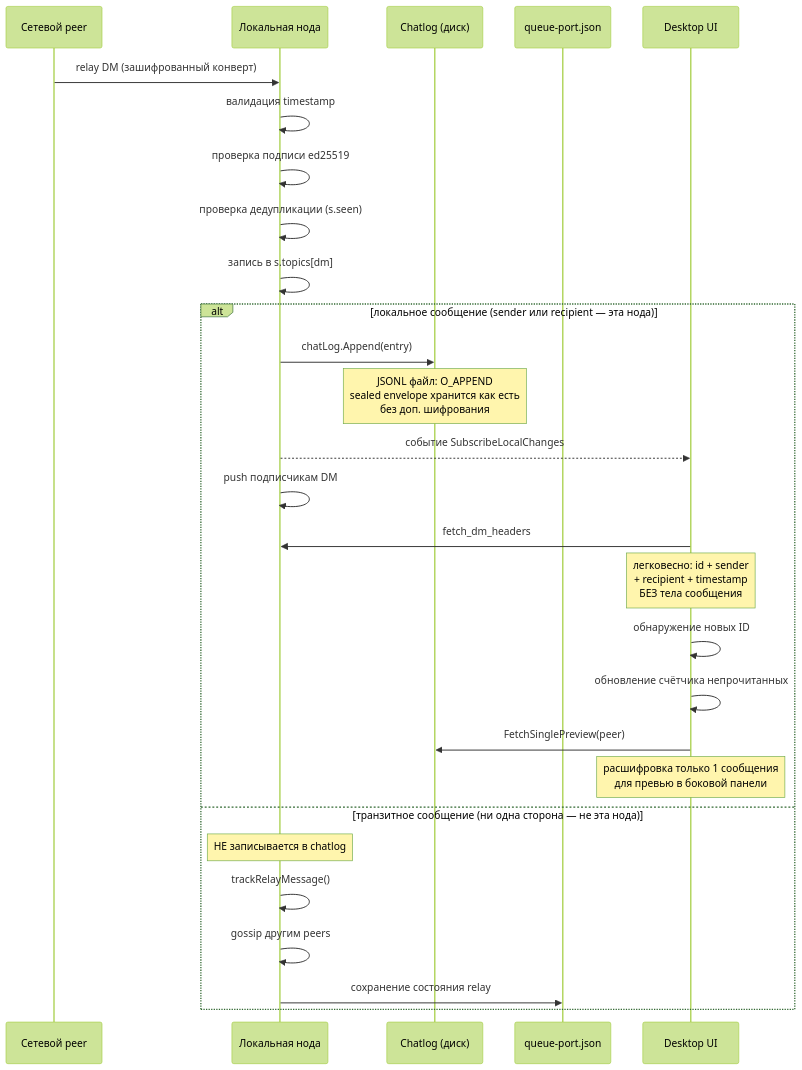
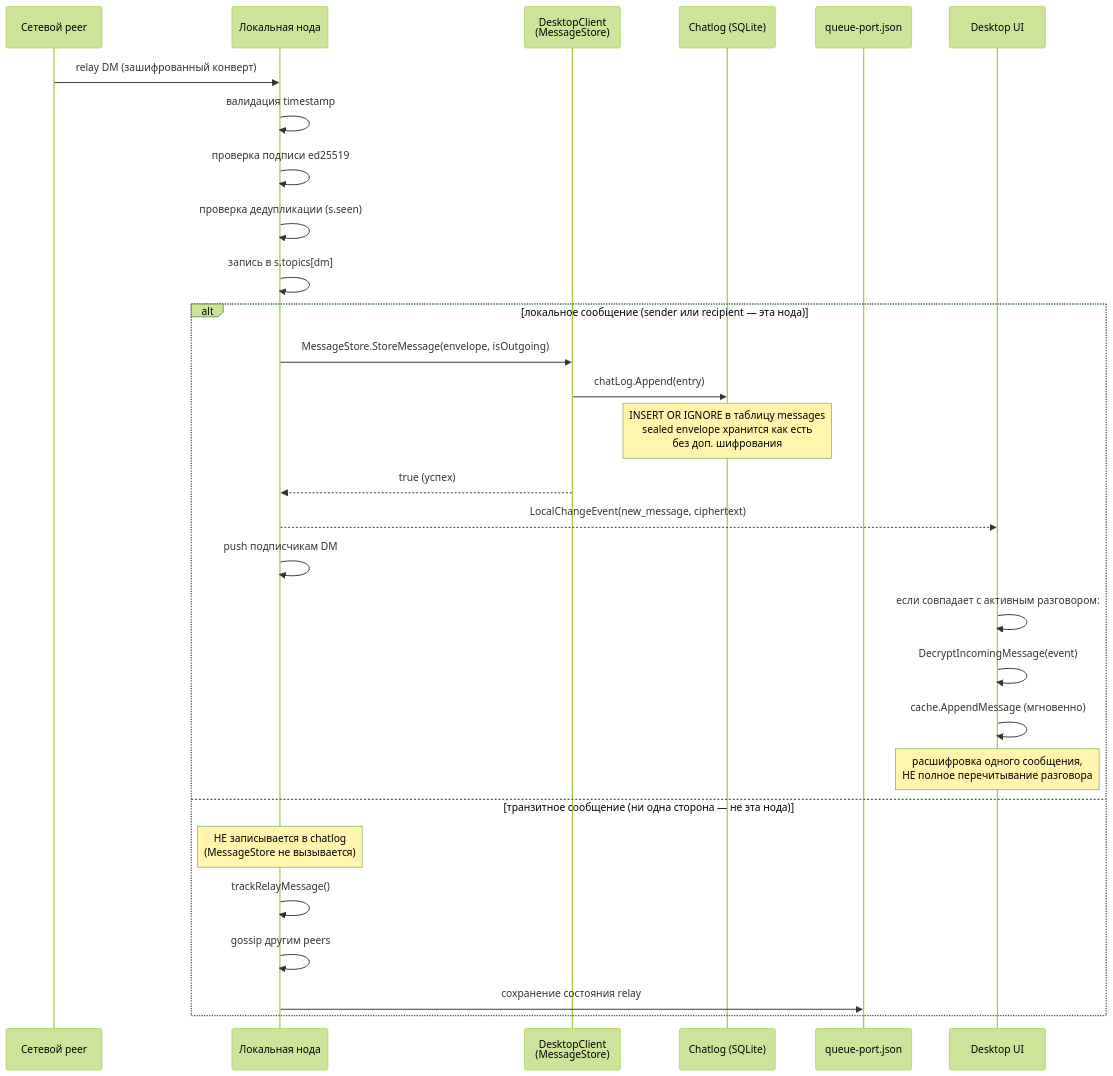
Before and after one commit to piratecash/corsa: diagram 11 of 16 in docs/chatlog.md, drawn with Mermaid (forest theme). The commit also changed other lines of this file and 35 other files, not shown here.

First line of the commit message:
feat(service): extract DMRouter, migrate chatlog to SQLite, add structured logging

````diff
--- a/docs/chatlog.md
+++ b/docs/chatlog.md
@@ -421,31 +784,32 @@
 ```mermaid
 sequenceDiagram
     participant NET as Сетевой peer
     participant NODE as Локальная нода
-    participant LOG as Chatlog (диск)
+    participant SVC as DesktopClient<br/>(MessageStore)
+    participant LOG as Chatlog (SQLite)
     participant QUEUE as queue-port.json
     participant UI as Desktop UI
 
     NET->>NODE: relay DM (зашифрованный конверт)
     NODE->>NODE: валидация timestamp
     NODE->>NODE: проверка подписи ed25519
     NODE->>NODE: проверка дедупликации (s.seen)
     NODE->>NODE: запись в s.topics[dm]
     alt локальное сообщение (sender или recipient — эта нода)
-        NODE->>LOG: chatLog.Append(entry)
-        Note over LOG: JSONL файл: O_APPEND<br/>sealed envelope хранится как есть<br/>без доп. шифрования
-        NODE-->>UI: событие SubscribeLocalChanges
+        NODE->>SVC: MessageStore.StoreMessage(envelope, isOutgoing)
+        SVC->>LOG: chatLog.Append(entry)
+        Note over LOG: INSERT OR IGNORE в таблицу messages<br/>sealed envelope хранится как есть<br/>без доп. шифрования
+        SVC-->>NODE: true (успех)
+        NODE-->>UI: LocalChangeEvent(new_message, ciphertext)
         NODE->>NODE: push подписчикам DM
-        UI->>NODE: fetch_dm_headers
-        Note over UI: легковесно: id + sender<br/>+ recipient + timestamp<br/>БЕЗ тела сообщения
-        UI->>UI: обнаружение новых ID
-        UI->>UI: обновление счётчика непрочитанных
-        UI->>LOG: FetchSinglePreview(peer)
-        Note over UI: расшифровка только 1 сообщения<br/>для превью в боковой панели
+        UI->>UI: если совпадает с активным разговором:
+        UI->>UI:   DecryptIncomingMessage(event)
+        UI->>UI:   cache.AppendMessage (мгновенно)
+        Note over UI: расшифровка одного сообщения,<br/>НЕ полное перечитывание разговора
     else транзитное сообщение (ни одна сторона — не эта нода)
-        Note over NODE: НЕ записывается в chatlog
+        Note over NODE: НЕ записывается в chatlog<br/>(MessageStore не вызывается)
         NODE->>NODE: trackRelayMessage()
         NODE->>NODE: gossip другим peers
         NODE->>QUEUE: сохранение состояния relay
     end
 ```
````
